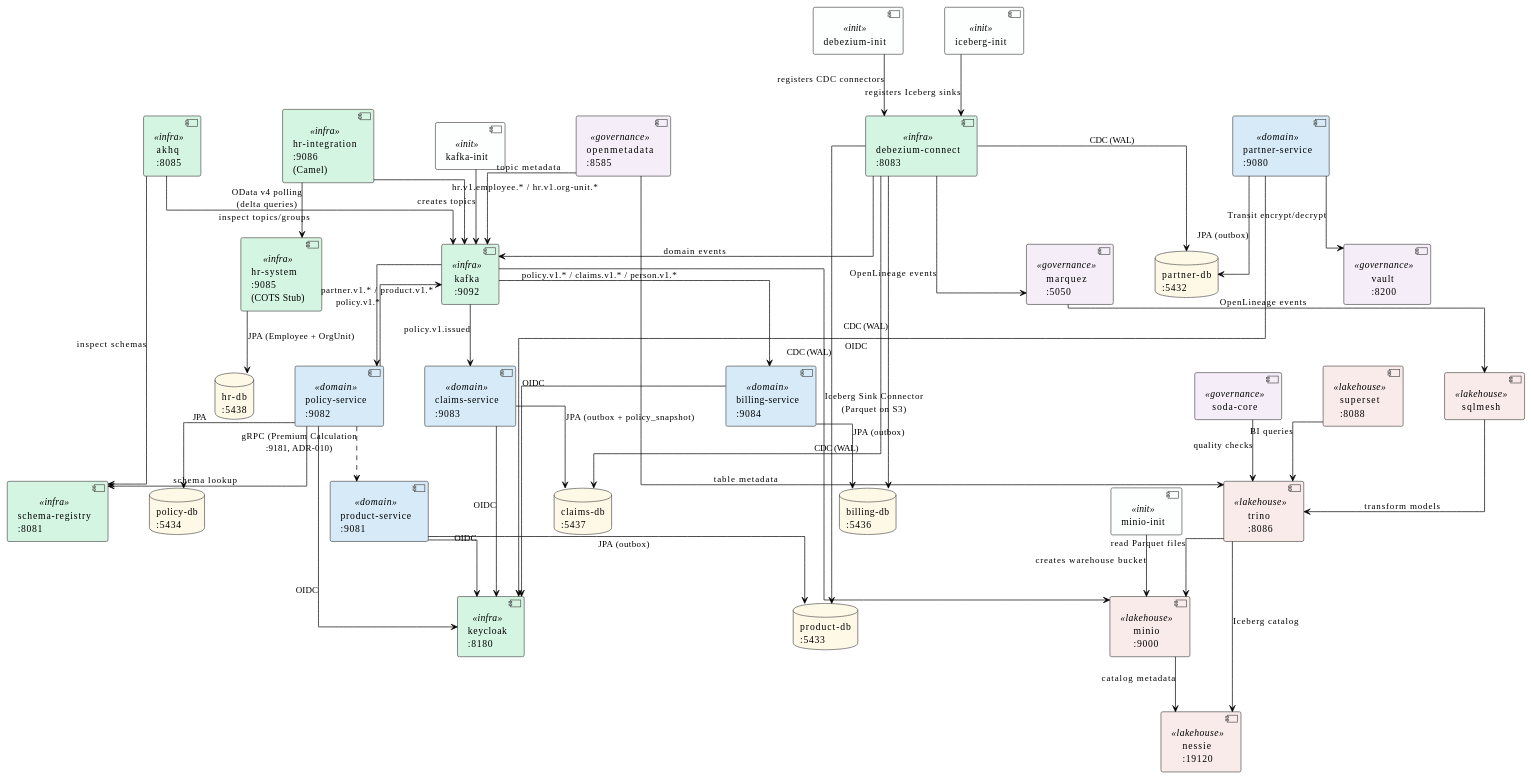
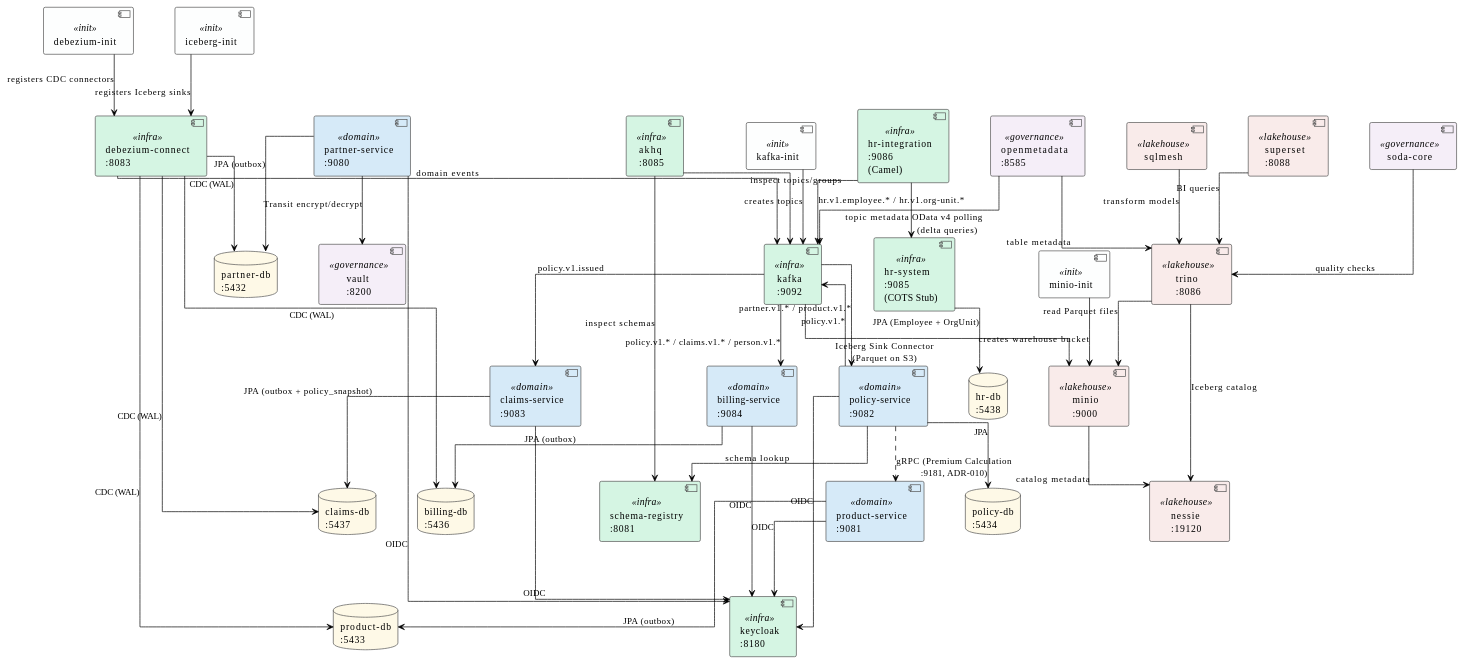
One commit to LukasW/datamesh changed the diagram in docs/services-overview.md. Above: the diagram before and after it, drawn with PlantUML. The commit also changed other lines of this file and 70 other files, not shown here.

```diff
--- a/docs/services-overview.md
+++ b/docs/services-overview.md
@@ -160,7 +157,6 @@
 
 ' ── Governance & Compliance ──────────────────────────────────────────
 component "openmetadata\n:8585"   <<governance>> as OMD
-component "marquez\n:5050"        <<governance>> as MRQ
 component "vault\n:8200"          <<governance>> as VAULT
 component "soda-core"             <<governance>> as SODA
 
@@ -221,8 +217,6 @@
 ' ── Governance ────────────────────────────────────────────────────────
 OMD  --> KAFKA  : topic metadata
 OMD  --> TRINO  : table metadata
-MRQ  --> SQLMESH : OpenLineage events
-DBZ  --> MRQ    : OpenLineage events
 SODA --> TRINO  : quality checks
 
 ' ── Schema Registry ───────────────────────────────────────────────────
```
